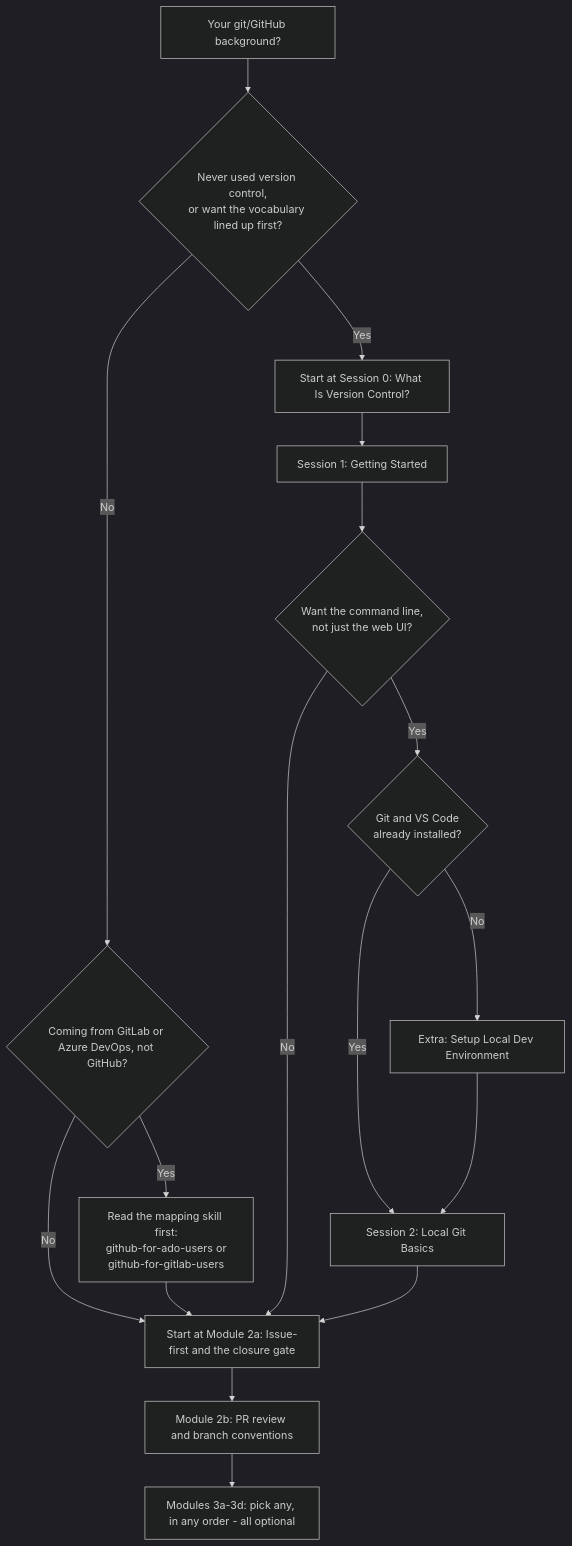
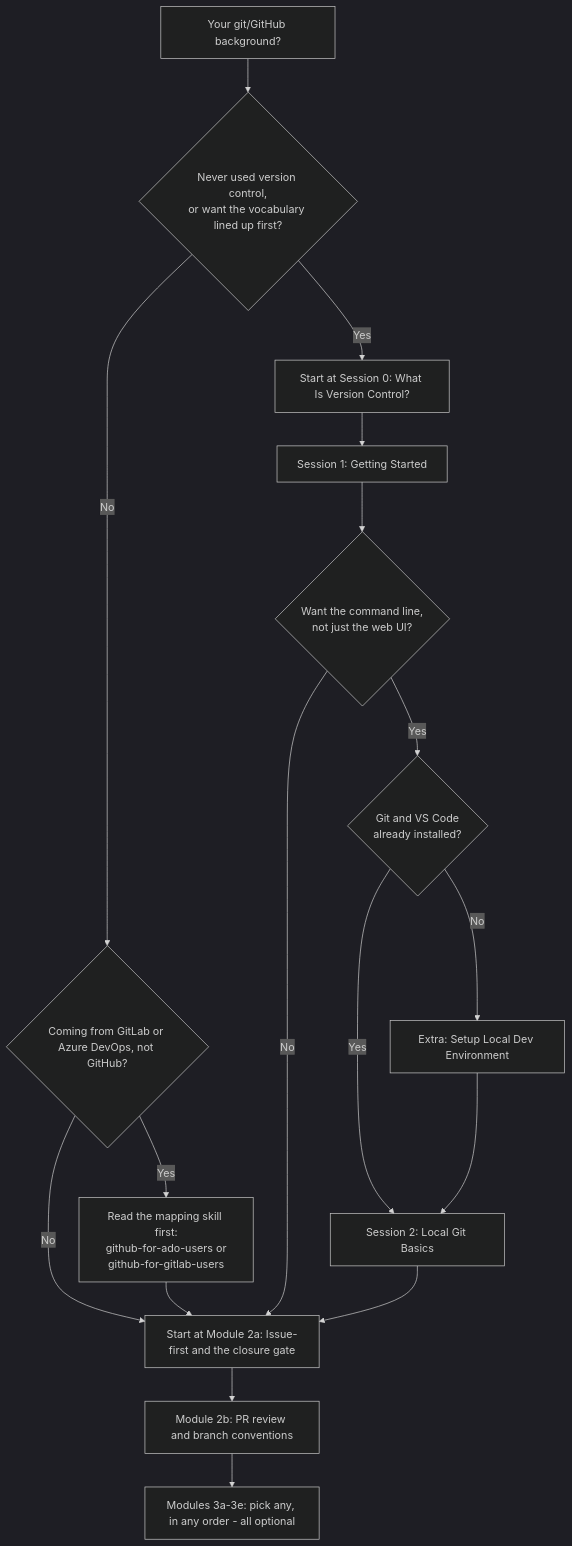
One commit to JeanKadang/DOC-GitHub-Practice-Skills changed the first of 2 diagrams in education/README.md. Above: the diagram before and after it, drawn with Mermaid (dark theme). The commit also changed other lines of this file and 3 other files, not shown here.

````diff
--- a/education/README.md
+++ b/education/README.md
@@ -17,19 +17,19 @@
 ```mermaid
 flowchart TD
     Start[Your git/GitHub background?] --> Q1{Never used version control,<br/>or want the vocabulary lined up first?}
     Q1 -- Yes --> S0[Start at Session 0: What Is Version Control?]
     Q1 -- No --> Q2{Coming from GitLab or Azure DevOps, not GitHub?}
     Q2 -- Yes --> Pre[Read the mapping skill first:<br/>github-for-ado-users or<br/>github-for-gitlab-users]
     Q2 -- No --> M2a[Start at Module 2a: Issue-first and the closure gate]
     Pre --> M2a
     S0 --> S1[Session 1: Getting Started]
     S1 --> Q3{Want the command line,<br/>not just the web UI?}
     Q3 -- Yes --> Q4{Git and VS Code<br/>already installed?}
     Q3 -- No --> M2a
     Q4 -- No --> Extra[Extra: Setup Local Dev Environment]
     Q4 -- Yes --> S2[Session 2: Local Git Basics]
     Extra --> S2
     S2 --> M2a
     M2a --> M2b[Module 2b: PR review and branch conventions]
-    M2b --> M3[Modules 3a-3d: pick any, in any order - all optional]
+    M2b --> M3[Modules 3a-3e: pick any, in any order - all optional]
 ```
````
